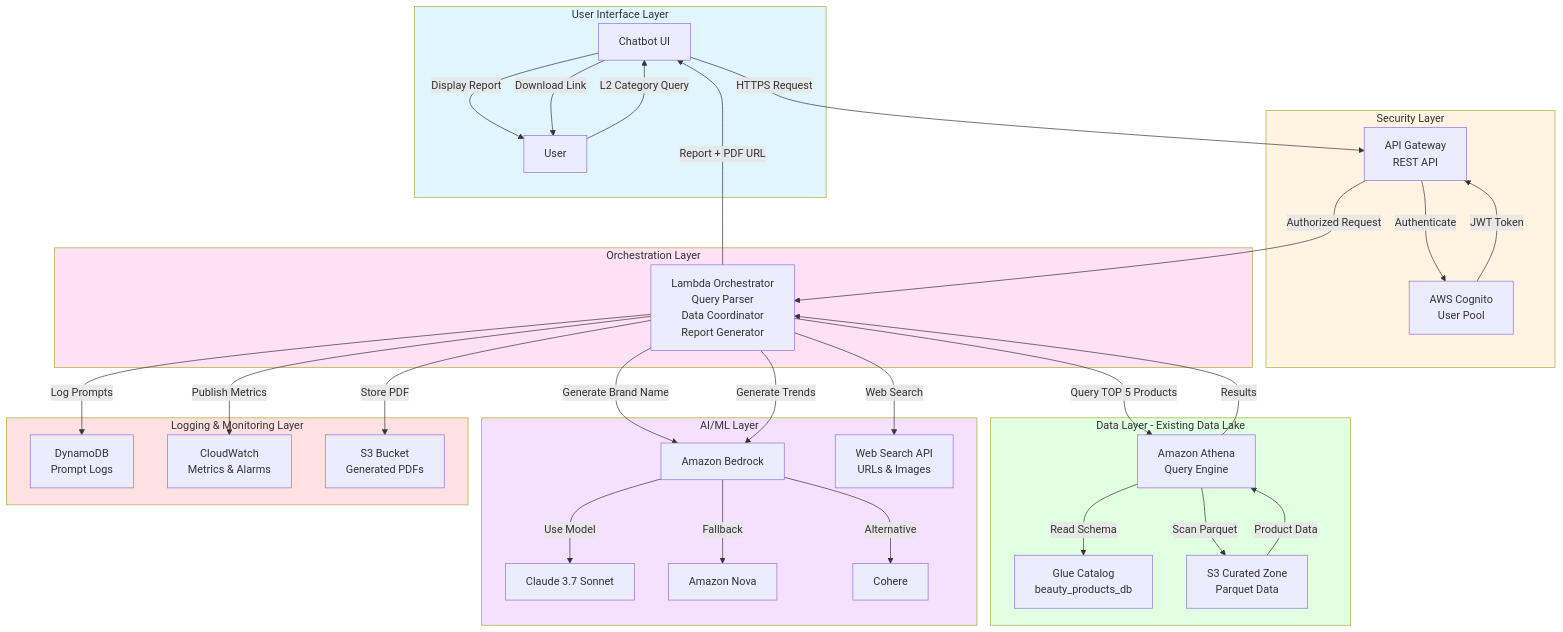
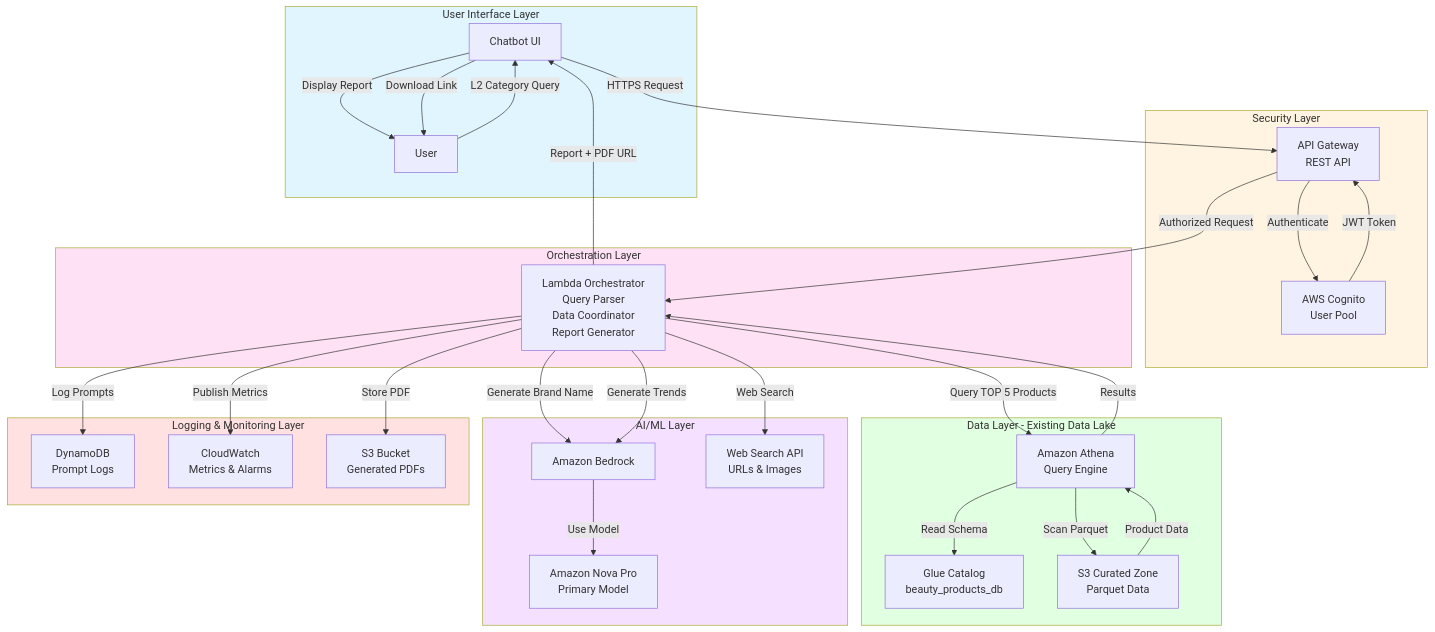
Before and after one commit to cradaca39revstar/very-great-llms-trends: the first of 8 diagrams in docs/LLM-TRENDING-PRODUCTS-ARCHITECTURE.md, drawn with Mermaid. The commit also changed other lines of this file and 4 other files, not shown here.

````diff
--- a/docs/LLM-TRENDING-PRODUCTS-ARCHITECTURE.md
+++ b/docs/LLM-TRENDING-PRODUCTS-ARCHITECTURE.md
@@ -110,70 +110,66 @@
 ```mermaid
 flowchart TB
     subgraph users [User Interface Layer]
         chatbot[Chatbot UI]
         user[User]
     end
 
     subgraph security [Security Layer]
         cognito[AWS Cognito<br/>User Pool]
         apigw[API Gateway<br/>REST API]
     end
 
     subgraph orchestration [Orchestration Layer]
         lambda[Lambda Orchestrator<br/>Query Parser<br/>Data Coordinator<br/>Report Generator]
     end
 
     subgraph data [Data Layer - Existing Data Lake]
         athena[Amazon Athena<br/>Query Engine]
         glue[Glue Catalog<br/>beauty_products_db]
         s3curated[S3 Curated Zone<br/>Parquet Data]
     end
 
     subgraph ai [AI/ML Layer]
         bedrock[Amazon Bedrock]
-        claude[Claude 3.7 Sonnet]
-        nova[Amazon Nova]
-        cohere[Cohere]
+        nova[Amazon Nova Pro<br/>Primary Model]
         websearch[Web Search API<br/>URLs & Images]
     end
 
     subgraph logging [Logging & Monitoring Layer]
         dynamodb[DynamoDB<br/>Prompt Logs]
         cloudwatch[CloudWatch<br/>Metrics & Alarms]
         s3pdf[S3 Bucket<br/>Generated PDFs]
     end
 
     user -->|L2 Category Query| chatbot
     chatbot -->|HTTPS Request| apigw
     apigw -->|Authenticate| cognito
     cognito -->|JWT Token| apigw
     apigw -->|Authorized Request| lambda
   
     lambda -->|Query TOP 5 Products| athena
     athena -->|Read Schema| glue
     athena -->|Scan Parquet| s3curated
     s3curated -->|Product Data| athena
     athena -->|Results| lambda
   
     lambda -->|Generate Brand Name| bedrock
     lambda -->|Generate Trends| bedrock
     lambda -->|Web Search| websearch
-    bedrock -->|Use Model| claude
-    bedrock -->|Fallback| nova
-    bedrock -->|Alternative| cohere
+    bedrock -->|Use Model| nova
   
     lambda -->|Log Prompts| dynamodb
     lambda -->|Publish Metrics| cloudwatch
     lambda -->|Store PDF| s3pdf
   
     lambda -->|Report + PDF URL| chatbot
     chatbot -->|Display Report| user
     chatbot -->|Download Link| user
 
     style users fill:#e1f5ff
     style security fill:#fff4e1
     style orchestration fill:#ffe1f5
     style data fill:#e1ffe1
     style ai fill:#f5e1ff
     style logging fill:#ffe1e1
 ```
````
